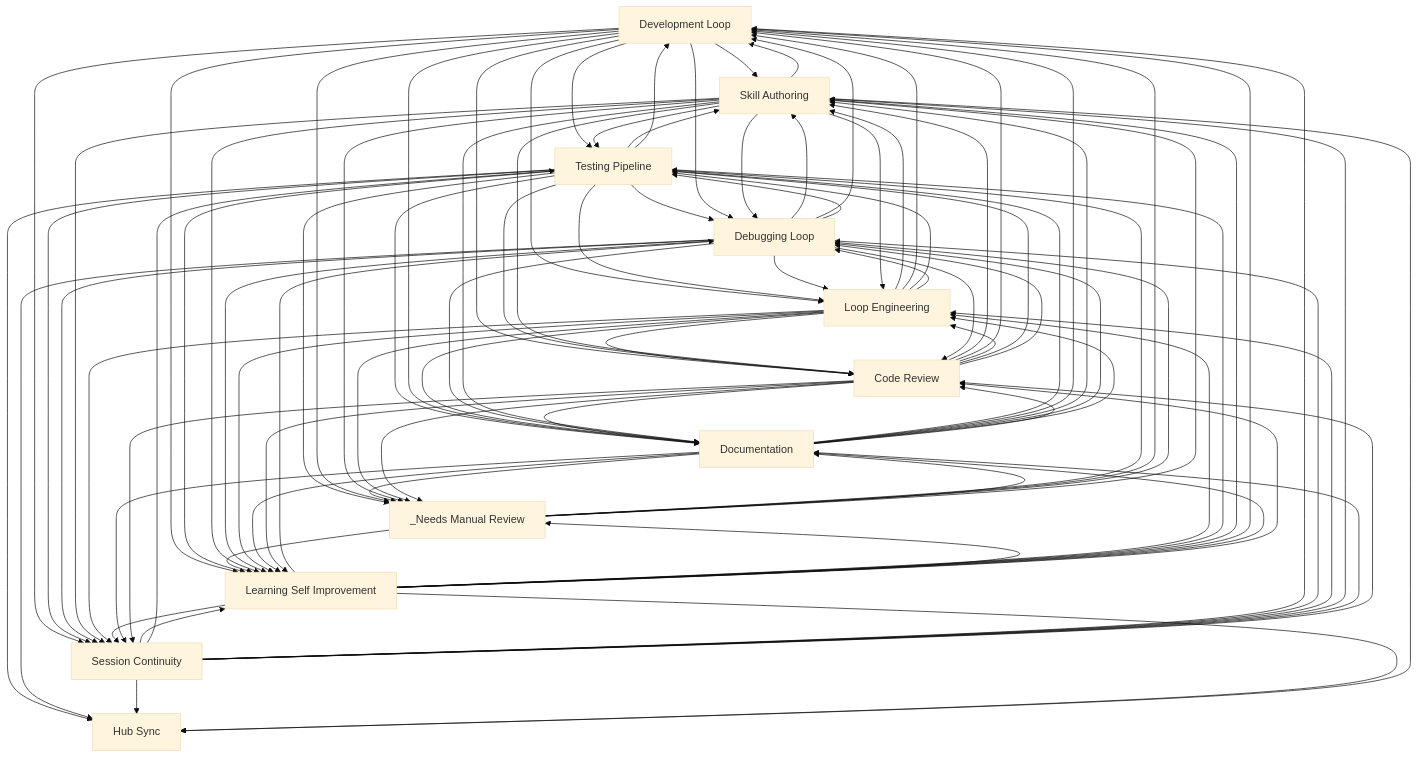
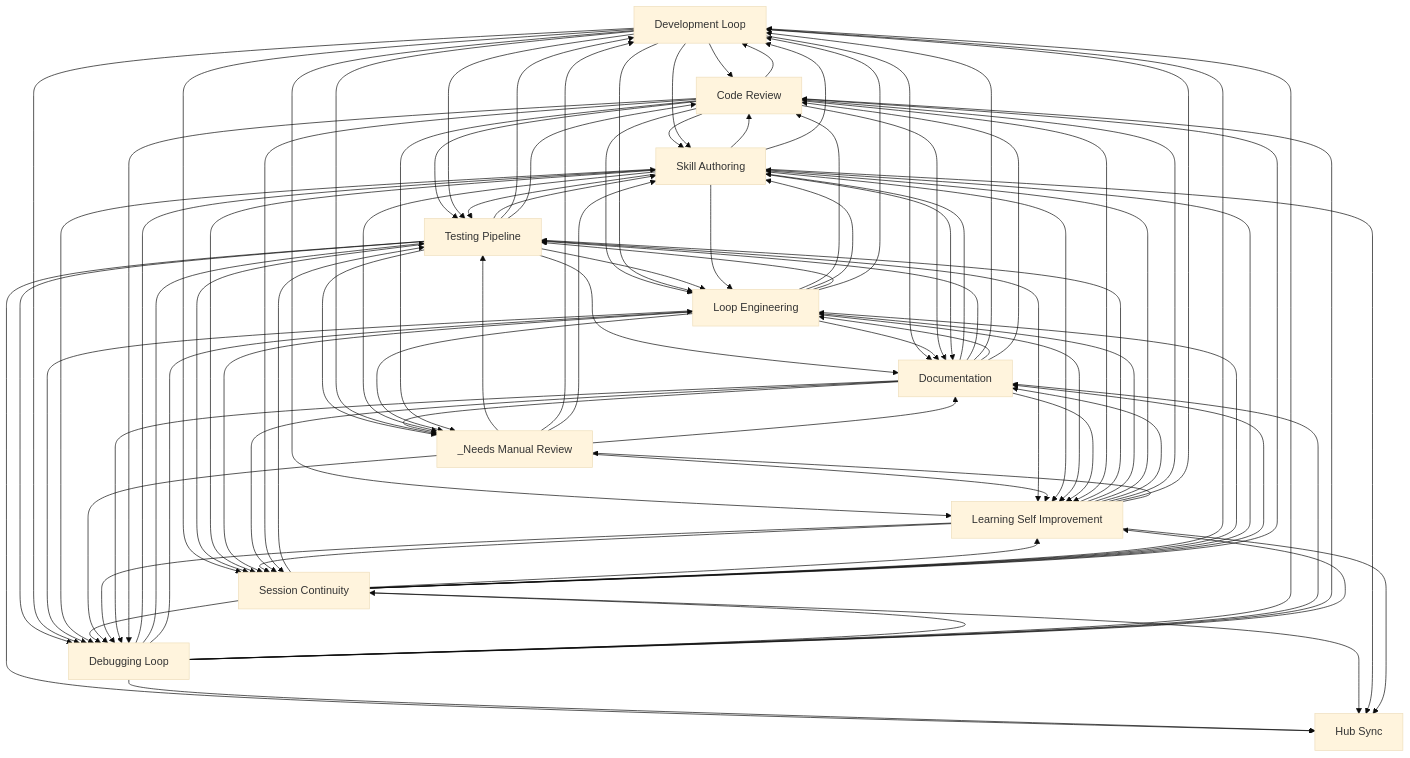
The diagram in docs/workflows/INDEX.md (abhayla/claude-best-practices), drawn with Mermaid (base theme) before and after one commit. The commit also changed other lines of this file and 14 other files, not shown here.

````diff
--- a/docs/workflows/INDEX.md
+++ b/docs/workflows/INDEX.md
@@ -34,46 +34,46 @@
     hub_sync[Hub Sync]
     _needs_manual_review[_Needs Manual Review]
     code_review --> skill_authoring
+    code_review --> testing_pipeline
+    code_review --> loop_engineering
     code_review --> development_loop
-    code_review --> loop_engineering
-    code_review --> testing_pipeline
+    loop_engineering --> code_review
+    loop_engineering --> skill_authoring
+    loop_engineering --> testing_pipeline
+    loop_engineering --> development_loop
+    development_loop --> code_review
     development_loop --> skill_authoring
+    development_loop --> testing_pipeline
     development_loop --> loop_engineering
-    development_loop --> code_review
-    development_loop --> testing_pipeline
-    loop_engineering --> skill_authoring
-    loop_engineering --> development_loop
-    loop_engineering --> code_review
-    loop_engineering --> testing_pipeline
+    skill_authoring --> testing_pipeline
     testing_pipeline --> skill_authoring
-    skill_authoring --> testing_pipeline
     testing_pipeline --> development_loop
     _needs_manual_review --> testing_pipeline
     _needs_manual_review --> development_loop
+    testing_pipeline --> loop_engineering
     testing_pipeline --> debugging_loop
-    testing_pipeline --> loop_engineering
     testing_pipeline --> documentation
     testing_pipeline --> code_review
     debugging_loop --> skill_authoring
+    debugging_loop --> testing_pipeline
+    debugging_loop --> loop_engineering
     debugging_loop --> development_loop
-    debugging_loop --> loop_engineering
-    debugging_loop --> testing_pipeline
     development_loop --> debugging_loop
     development_loop --> documentation
     loop_engineering --> documentation
     skill_authoring --> code_review
+    skill_authoring --> loop_engineering
     skill_authoring --> development_loop
-    skill_authoring --> loop_engineering
+    documentation --> skill_authoring
     documentation --> testing_pipeline
     documentation --> development_loop
-    documentation --> skill_authoring
     testing_pipeline --> _needs_manual_review
     development_loop --> _needs_manual_review
     code_review --> documentation
+    session_continuity --> testing_pipeline
+    session_continuity --> learning_self_improvement
     development_loop --> learning_self_improvement
     development_loop --> session_continuity
-    session_continuity --> learning_self_improvement
-    session_continuity --> testing_pipeline
     testing_pipeline --> learning_self_improvement
     _needs_manual_review --> learning_self_improvement
     loop_engineering --> debugging_loop
@@ -87,40 +87,40 @@
     session_continuity --> development_loop
     skill_authoring --> learning_self_improvement
     skill_authoring --> debugging_loop
+    session_continuity --> loop_engineering
     session_continuity --> debugging_loop
-    session_continuity --> loop_engineering
     loop_engineering --> session_continuity
     _needs_manual_review --> debugging_loop
     debugging_loop --> learning_self_improvement
     skill_authoring --> documentation
+    _needs_manual_review --> skill_authoring
     _needs_manual_review --> documentation
-    _needs_manual_review --> skill_authoring
     documentation --> _needs_manual_review
+    learning_self_improvement --> session_continuity
+    learning_self_improvement --> testing_pipeline
+    learning_self_improvement --> loop_engineering
     learning_self_improvement --> debugging_loop
-    learning_self_improvement --> session_continuity
-    learning_self_improvement --> loop_engineering
-    learning_self_improvement --> testing_pipeline
     learning_self_improvement --> skill_authoring
-    learning_self_improvement --> development_loop
     learning_self_improvement --> documentation
     learning_self_improvement --> code_review
+    learning_self_improvement --> development_loop
     skill_authoring --> _needs_manual_review
     session_continuity --> skill_authoring
     session_continuity --> hub_sync
     session_continuity --> documentation
     session_continuity --> code_review
     learning_self_improvement --> _needs_manual_review
+    skill_authoring --> hub_sync
     learning_self_improvement --> hub_sync
-    skill_authoring --> hub_sync
     loop_engineering --> learning_self_improvement
     loop_engineering --> _needs_manual_review
+    documentation --> loop_engineering
     documentation --> debugging_loop
-    documentation --> loop_engineering
     code_review --> debugging_loop
     documentation --> code_review
+    documentation --> learning_self_improvement
     documentation --> session_continuity
-    documentation --> learning_self_improvement
+    code_review --> learning_self_improvement
     code_review --> session_continuity
-    code_review --> learning_self_improvement
     code_review --> _needs_manual_review
 ```
````
